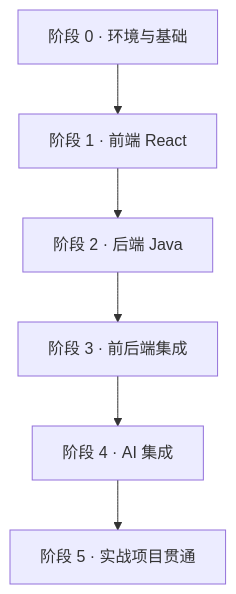
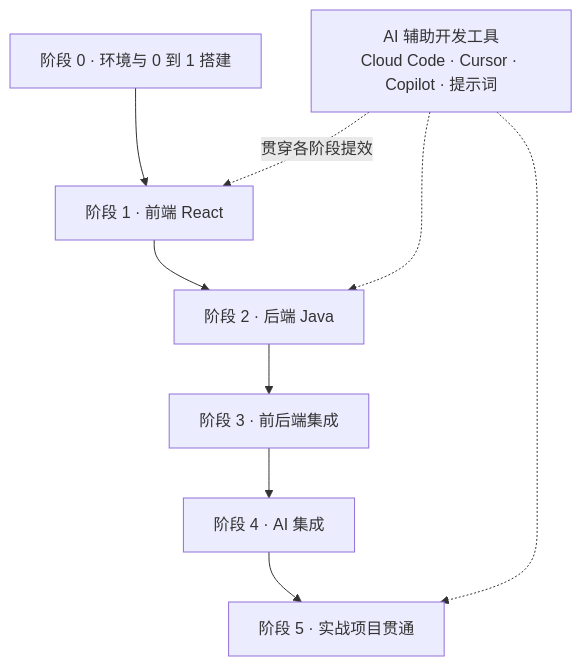
One commit to thomaslwq/AIFullStack changed the diagram in docs/roadmap.md. Above: the diagram before and after it, drawn with Mermaid. The commit also changed other lines of this file and 19 other files, not shown here.

````diff
--- a/docs/roadmap.md
+++ b/docs/roadmap.md
@@ -14,8 +14,11 @@
 ```mermaid
 flowchart TD
-    S0[阶段 0 · 环境与基础] --> S1[阶段 1 · 前端 React]
+    S0[阶段 0 · 环境与 0 到 1 搭建] --> S1[阶段 1 · 前端 React]
     S1 --> S2[阶段 2 · 后端 Java]
     S2 --> S3[阶段 3 · 前后端集成]
     S3 --> S4[阶段 4 · AI 集成]
     S4 --> S5[阶段 5 · 实战项目贯通]
+    T[AI 辅助开发工具<br/>Cloud Code · Cursor · Copilot · 提示词] -.贯穿各阶段提效.-> S1
+    T -.-> S2
+    T -.-> S5
 ```
````
